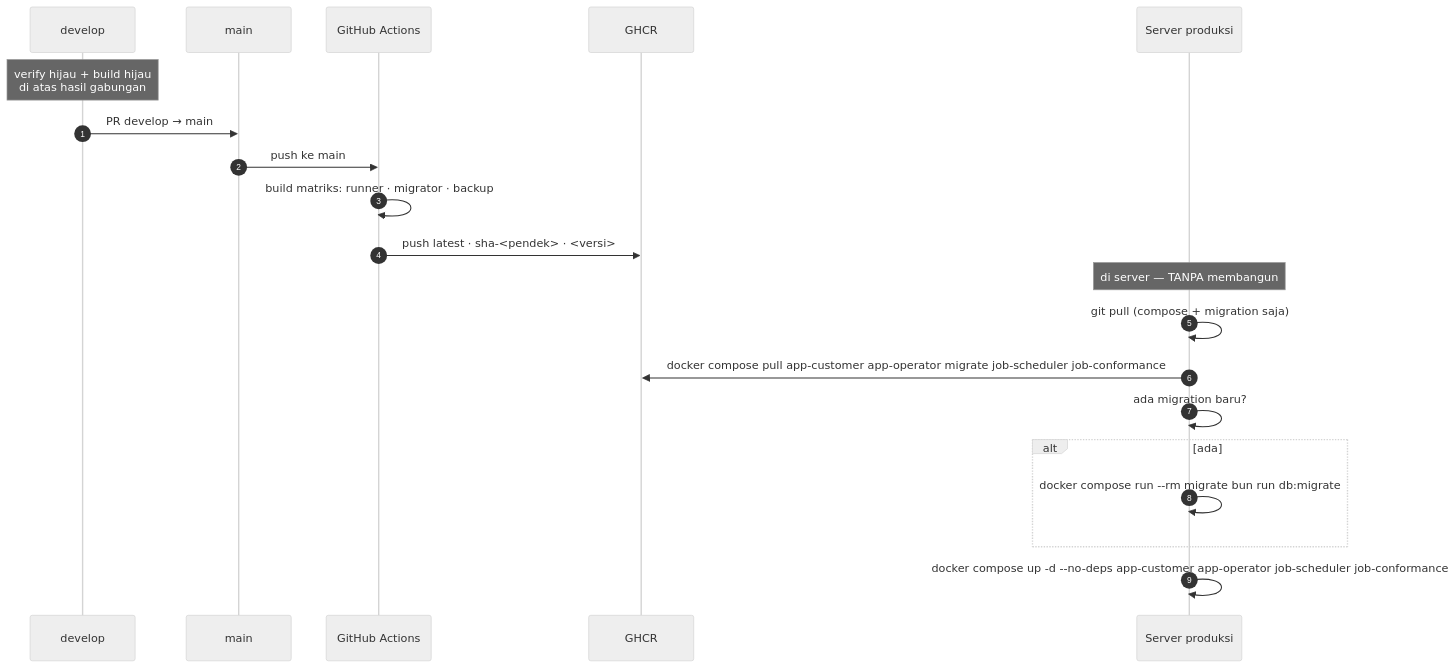
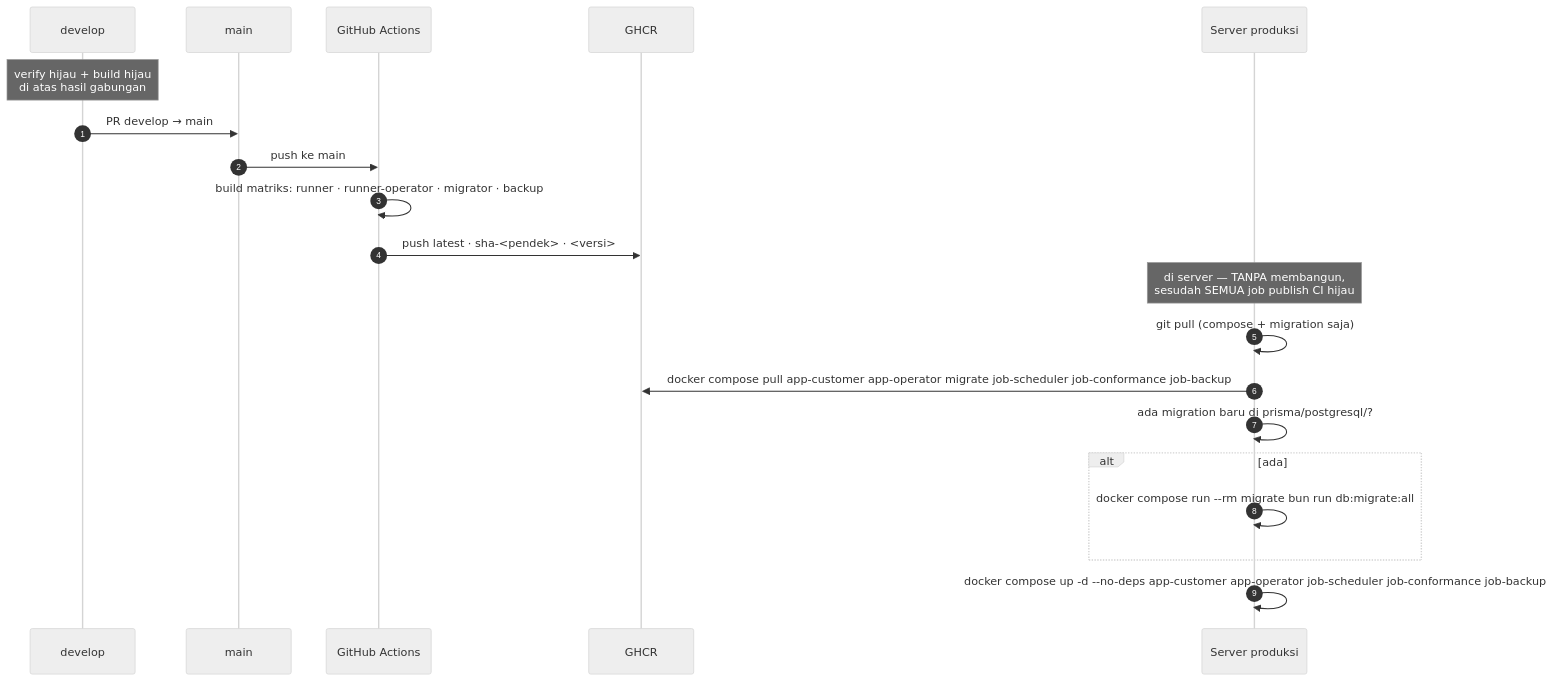
One commit to tri-evendi/sai-accounting changed the fourth of 5 diagrams in docs/arsitektur/07-INFRASTRUKTUR-DEPLOY.md. Above: the diagram before and after it, drawn with Mermaid (neutral theme). The commit also changed other lines of this file and 43 other files, not shown here.

````diff
--- a/docs/arsitektur/07-INFRASTRUKTUR-DEPLOY.md
+++ b/docs/arsitektur/07-INFRASTRUKTUR-DEPLOY.md
@@ -238,24 +241,24 @@
 ```mermaid
 sequenceDiagram
     autonumber
     participant D as develop
     participant M as main
     participant CI as GitHub Actions
     participant R as GHCR
     participant S as Server produksi
 
     Note over D: verify hijau + build hijau<br/>di atas hasil gabungan
     D->>M: PR develop → main
     M->>CI: push ke main
-    CI->>CI: build matriks: runner · migrator · backup
+    CI->>CI: build matriks: runner · runner-operator · migrator · backup
     CI->>R: push latest · sha-<pendek> · <versi>
 
-    Note over S: di server — TANPA membangun
+    Note over S: di server — TANPA membangun,<br/>sesudah SEMUA job publish CI hijau
     S->>S: git pull (compose + migration saja)
-    S->>R: docker compose pull app-customer app-operator migrate job-scheduler job-conformance
-    S->>S: ada migration baru?
+    S->>R: docker compose pull app-customer app-operator migrate job-scheduler job-conformance job-backup
+    S->>S: ada migration baru di prisma/postgresql/?
     alt ada
-        S->>S: docker compose run --rm migrate bun run db:migrate
+        S->>S: docker compose run --rm migrate bun run db:migrate:all
     end
-    S->>S: docker compose up -d --no-deps app-customer app-operator job-scheduler job-conformance
+    S->>S: docker compose up -d --no-deps app-customer app-operator job-scheduler job-conformance job-backup
 ```
````
